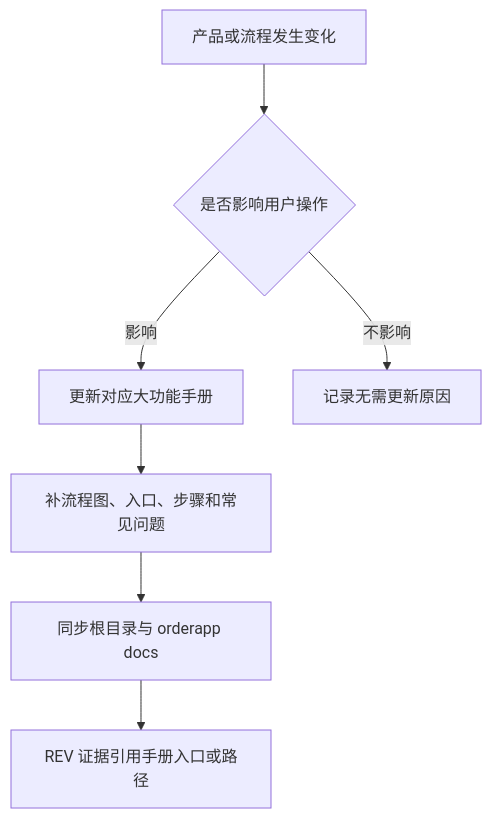
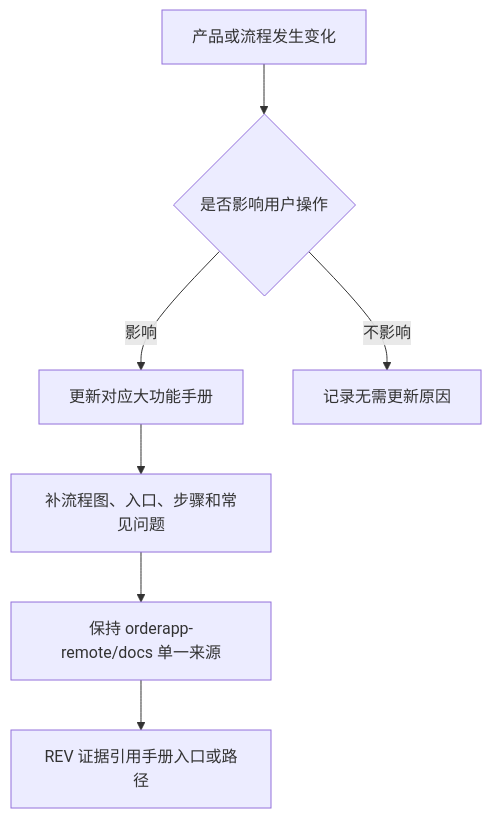
Before and after one commit to Backstage2539/KFerp: the diagram in orderapp-remote/docs/OPERATION_MANUALS.md, drawn with Mermaid. The commit also changed other lines of this file and 125 other files, not shown here.

````diff
--- a/orderapp-remote/docs/OPERATION_MANUALS.md
+++ b/orderapp-remote/docs/OPERATION_MANUALS.md
@@ -27,9 +28,9 @@
 ```mermaid
 flowchart TD
   A["产品或流程发生变化"] --> B{"是否影响用户操作"}
   B -->|影响| C["更新对应大功能手册"]
   B -->|不影响| D["记录无需更新原因"]
   C --> E["补流程图、入口、步骤和常见问题"]
-  E --> F["同步根目录与 orderapp docs"]
+  E --> F["保持 orderapp-remote/docs 单一来源"]
   F --> G["REV 证据引用手册入口或路径"]
 ```
````
